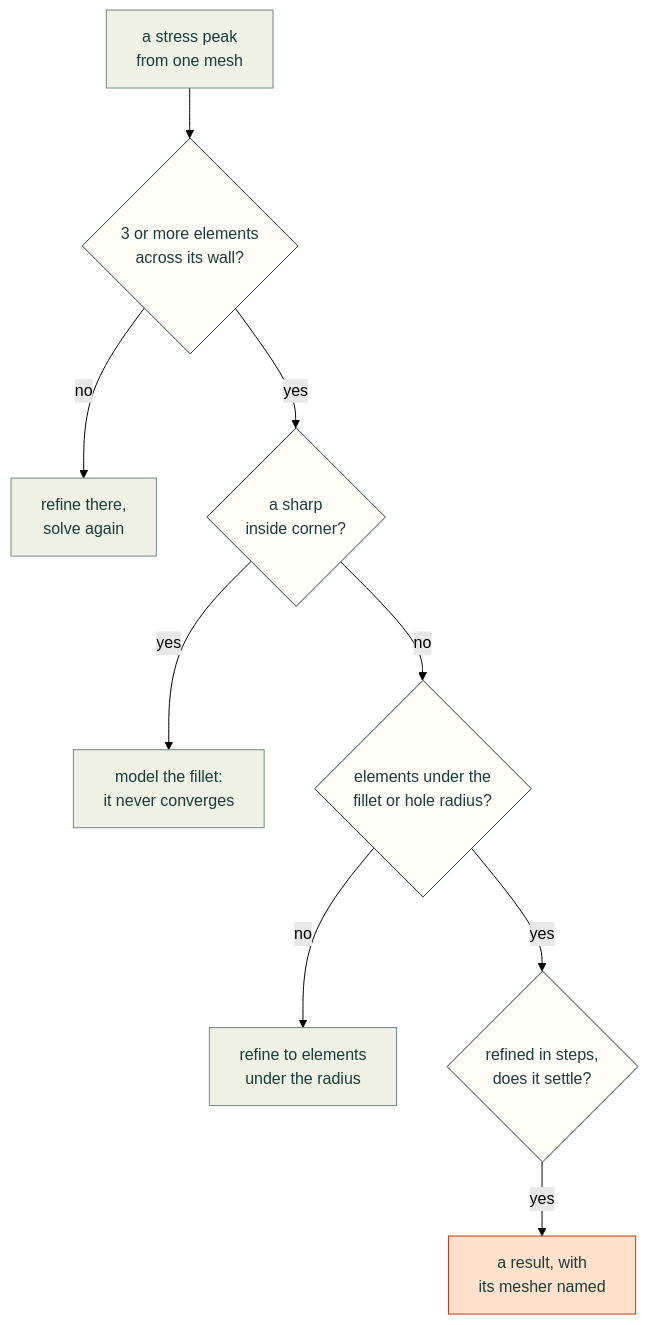
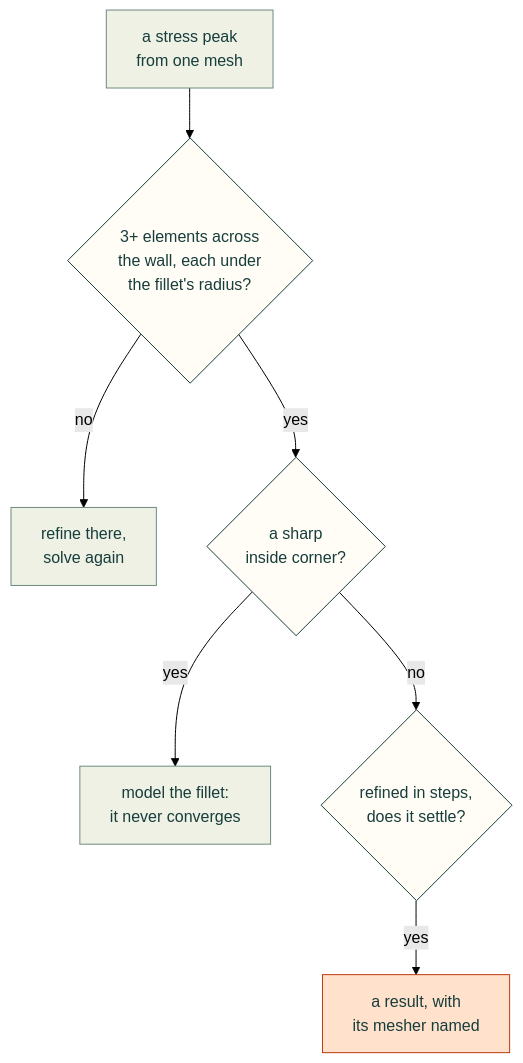
One commit to Valpatel/cad-agent changed the diagram in lessons/simulation/meshes.md. Above: the diagram before and after it, drawn with Mermaid (forest theme).

Commit message:
Mesh lesson chart: one resolution check (wall and radius), so the chart fits the column (#144)
Four decisions stepped the top-down layout one column right each and made it 644 px against 641. The wall and
radius checks are now one node; the chart is 517 px.

````diff
--- a/lessons/simulation/meshes.md
+++ b/lessons/simulation/meshes.md
@@ -3,17 +3,15 @@
 ```mermaid
 flowchart TD
-    S["a stress peak<br/>from one mesh"] --> W{"3 or more elements<br/>across its wall?"}
+    S["a stress peak<br/>from one mesh"] --> W{"3+ elements across<br/>the wall, each under<br/>the fillet's radius?"}
     W -->|"no"| R["refine there,<br/>solve again"]
     W -->|"yes"| C{"a sharp<br/>inside corner?"}
     C -->|"yes"| F["model the fillet:<br/>it never converges"]
-    C -->|"no"| E{"elements under the<br/>fillet or hole radius?"}
-    E -->|"no"| Q["refine to elements<br/>under the radius"]
-    E -->|"yes"| V{"refined in steps,<br/>does it settle?"}
+    C -->|"no"| V{"refined in steps,<br/>does it settle?"}
     V -->|"yes"| G["a result, with<br/>its mesher named"]
     classDef here fill:#fffdf5,stroke:#173d3c,color:#173d3c
     classDef near fill:#eef1e4,stroke:#6f8a80,color:#173d3c
     classDef out fill:#ffe1cc,stroke:#bd3a12,color:#173d3c
-    class W,C,E,V here
-    class S,R,F,Q near
+    class W,C,V here
+    class S,R,F near
     class G out
 ```
````
